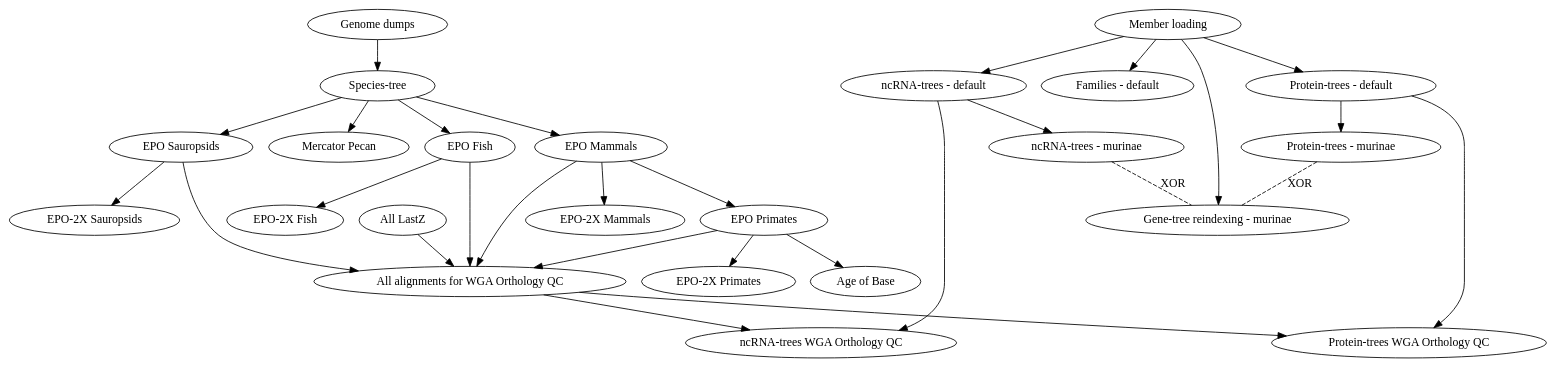
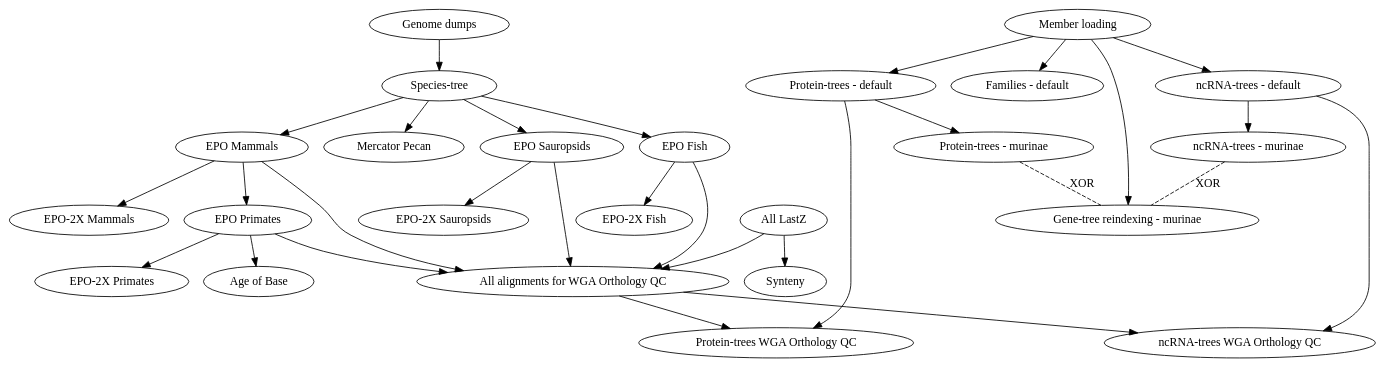
One commit to Ensembl/ensembl-compara changed the diagram in scripts/jira_tickets/compara_ensembl.dot. Above: the diagram before and after it, drawn with Graphviz. The commit also changed 2 other files, not shown here.

Commit message:
Added the Synteny pipeline to the graph

```diff
--- a/scripts/jira_tickets/compara_ensembl.dot
+++ b/scripts/jira_tickets/compara_ensembl.dot
@@ -1,17 +1,18 @@
 digraph "Ensembl Vertebrates dependencies" {
     "Genome dumps" -> "Species-tree";
     "Species-tree" -> { "EPO Fish", "EPO Mammals", "EPO Sauropsids", "Mercator Pecan" };
     "EPO Mammals" -> "EPO Primates";
     "EPO Mammals" -> "EPO-2X Mammals";
     "EPO Fish" -> "EPO-2X Fish";
     "EPO Sauropsids" -> "EPO-2X Sauropsids";
     "EPO Primates" -> {"EPO-2X Primates", "Age of Base"};
     "Member loading" -> { "Protein-trees - default", "ncRNA-trees - default", "Families - default", "Gene-tree reindexing - murinae" };
     "Protein-trees - default" -> "Protein-trees WGA Orthology QC";
     "ncRNA-trees - default" -> "ncRNA-trees WGA Orthology QC";
     "Protein-trees - default" -> "Protein-trees - murinae";
     "ncRNA-trees - default" -> "ncRNA-trees - murinae";
+    "All LastZ" -> "Synteny";
     {"All LastZ", "EPO Fish", "EPO Mammals", "EPO Primates", "EPO Sauropsids"} -> "All alignments for WGA Orthology QC" -> {"Protein-trees WGA Orthology QC", "ncRNA-trees WGA Orthology QC"};
     {"ncRNA-trees - murinae", "Protein-trees - murinae"} -> "Gene-tree reindexing - murinae" [label="XOR",style="dashed",dir=none];
     {rank = same; "Genome dumps"; "Member loading"; }
 }
```
